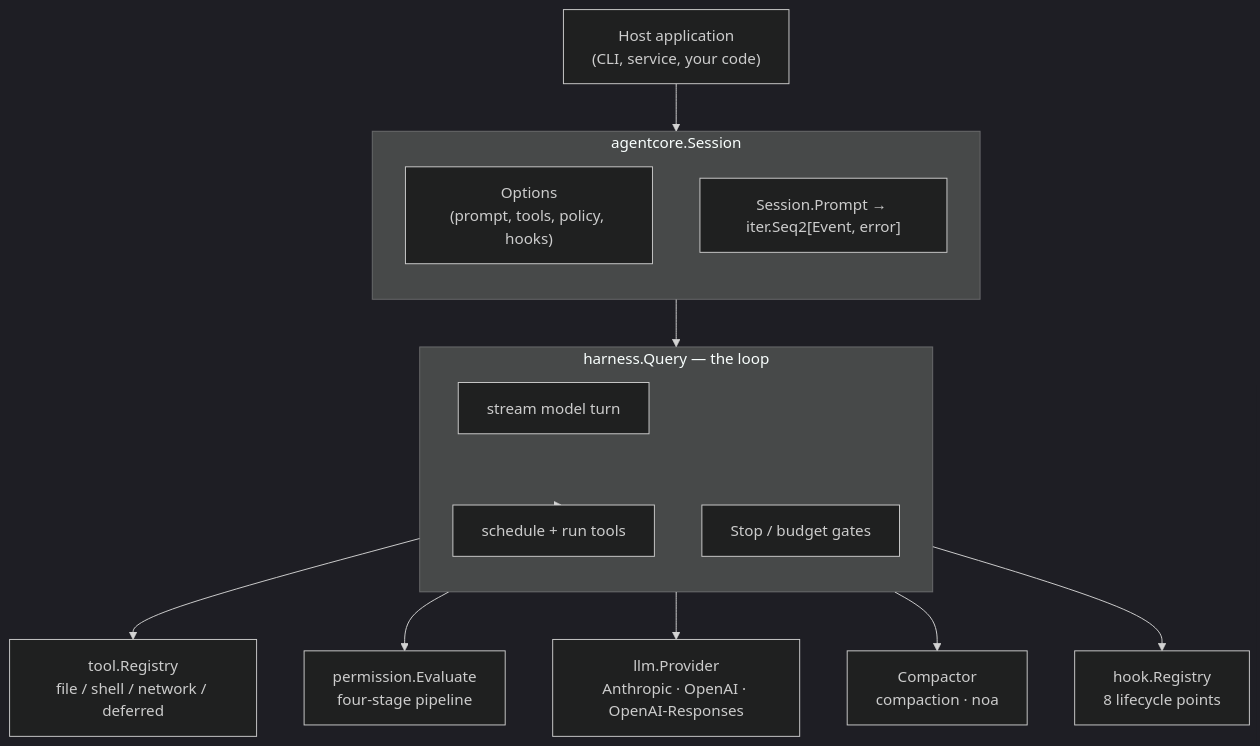
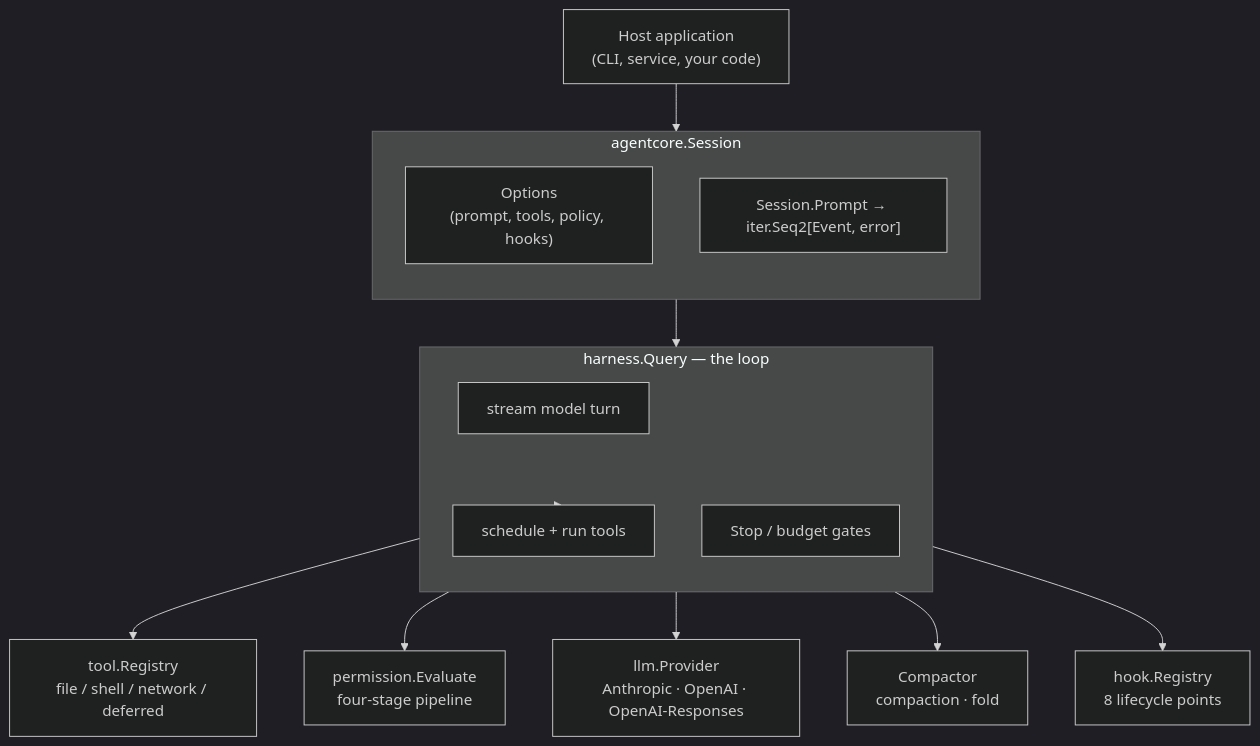
One commit to 0xmanhnv/Norma changed the first of 8 diagrams in docs/ARCHITECTURE.md. Above: the diagram before and after it, drawn with Mermaid (dark theme). The commit also changed other lines of this file and 185 other files, not shown here.

First line of the commit message:
refactor: rename the context-compression package noa -> fold

````diff
--- a/docs/ARCHITECTURE.md
+++ b/docs/ARCHITECTURE.md
@@ -33,32 +33,32 @@
 ```mermaid
 flowchart TB
     Host["Host application<br/>(CLI, service, your code)"]
 
     subgraph Core["agentcore.Session"]
         direction TB
         Opts["Options<br/>(prompt, tools, policy, hooks)"]
         Prompt["Session.Prompt → iter.Seq2[Event, error]"]
     end
 
     subgraph Loop["harness.Query — the loop"]
         direction TB
         Stream["stream model turn"]
         Sched["schedule + run tools"]
         Gate["Stop / budget gates"]
     end
 
     Provider["llm.Provider<br/>Anthropic · OpenAI · OpenAI-Responses"]
     Tools["tool.Registry<br/>file / shell / network / deferred"]
     Perm["permission.Evaluate<br/>four-stage pipeline"]
-    Ctx["Compactor<br/>compaction · noa"]
+    Ctx["Compactor<br/>compaction · fold"]
     Hooks["hook.Registry<br/>8 lifecycle points"]
 
     Host --> Core
     Core --> Loop
     Loop --> Provider
     Loop --> Sched
     Sched --> Tools
     Sched --> Perm
     Loop --> Ctx
     Loop --> Hooks
 ```
````
